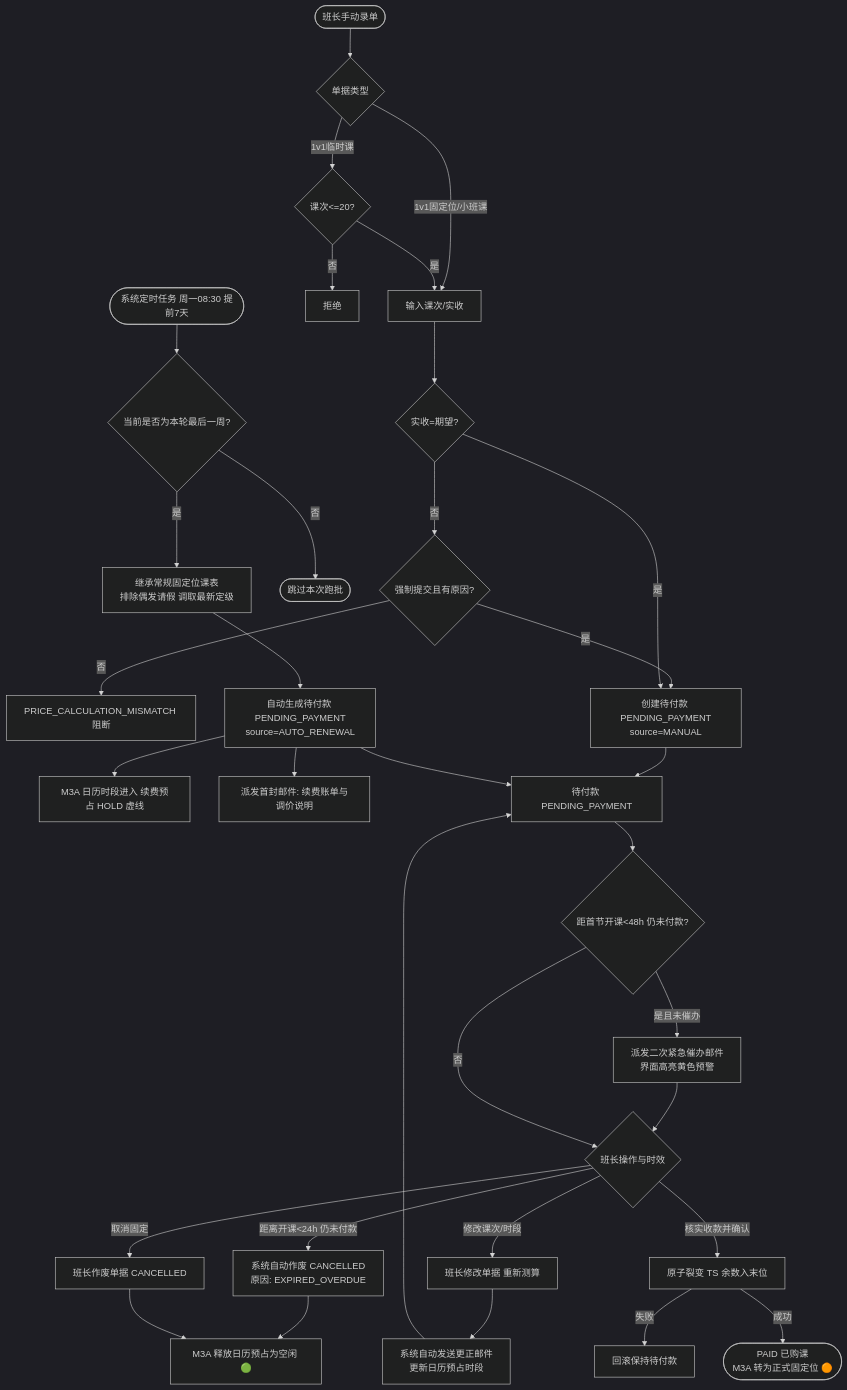
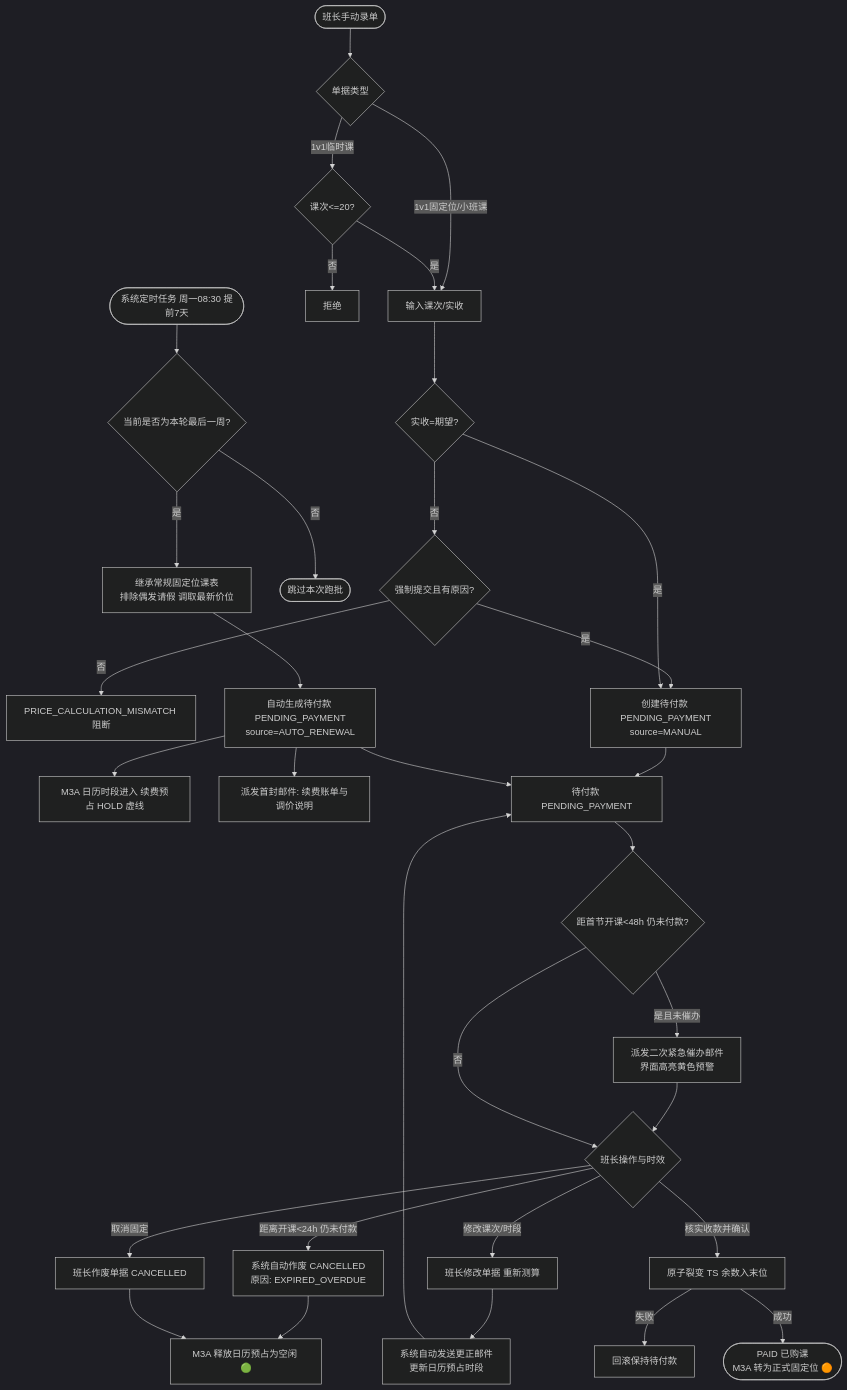
One commit to Onezao/dream changed the second of 2 diagrams in docs/prd/m2a_course_orders.md. Above: the diagram before and after it, drawn with Mermaid (dark theme). The commit also changed other lines of this file and 31 other files, not shown here.

Commit message:
docs(prd,prototype): unify price tier terminology, align M0 reuse rules, and refine M3A/M3D scheduling flows

````diff
--- a/docs/prd/m2a_course_orders.md
+++ b/docs/prd/m2a_course_orders.md
@@ -304,42 +315,42 @@
 ```mermaid
 flowchart TD
     StartManual([班长手动录单]) --> Type{单据类型}
     Type -- 1v1固定位/小班课 --> Input[输入课次/实收]
     Type -- 1v1临时课 --> Limit{课次<=20?}
     Limit -- 否 --> Reject1[拒绝]
     Limit -- 是 --> Input
     Input --> Check{实收=期望?}
     Check -- 否 --> Force{强制提交且有原因?}
     Force -- 否 --> Block[PRICE_CALCULATION_MISMATCH 阻断]
     Force -- 是 --> CreateManual[创建待付款 PENDING_PAYMENT\nsource=MANUAL]
     Check -- 是 --> CreateManual
     
     StartAuto([系统定时任务 周一08:30 提前7天]) --> Scan{当前是否为本轮最后一周?}
     Scan -- 否 --> EndAuto([跳过本次跑批])
-    Scan -- 是 --> Calc[继承常规固定位课表\n排除偶发请假 调取最新定级]
+    Scan -- 是 --> Calc[继承常规固定位课表\n排除偶发请假 调取最新价位]
     Calc --> CreateAuto[自动生成待付款 PENDING_PAYMENT\nsource=AUTO_RENEWAL]
     CreateAuto --> HoldGrid[M3A 日历时段进入 续费预占 HOLD 虚线]
     CreateAuto --> SendMail["派发首封邮件: 续费账单与调价说明"]
     
     CreateManual --> PendingState[待付款 PENDING_PAYMENT]
     CreateAuto --> PendingState
     
     PendingState --> CheckUrgent{距首节开课<48h 仍未付款?}
     CheckUrgent -- 是且未催办 --> SendUrgent[派发二次紧急催办邮件\n界面高亮黄色预警]
     SendUrgent --> MonitorAction{班长操作与时效}
     CheckUrgent -- 否 --> MonitorAction
     
     MonitorAction -- 距离开课<24h 仍未付款 --> AutoExpire["系统自动作废 CANCELLED\n原因: EXPIRED_OVERDUE"]
     AutoExpire --> ReleaseGrid[M3A 释放日历预占为空闲 🟢]
     
     MonitorAction -- 修改课次/时段 --> EditOrder[班长修改单据 重新测算]
     EditOrder --> ReMail[系统自动发送更正邮件\n更新日历预占时段]
     ReMail --> PendingState
     
     MonitorAction -- 取消固定 --> ManualCancel[班长作废单据 CANCELLED]
     ManualCancel --> ReleaseGrid
     
     MonitorAction -- 核实收款并确认 --> Fission[原子裂变 TS 余数入末位]
     Fission -- 失败 --> Rollback[回滚保持待付款]
     Fission -- 成功 --> Paid([PAID 已购课\nM3A 转为正式固定位 🟠])
 ```
````
